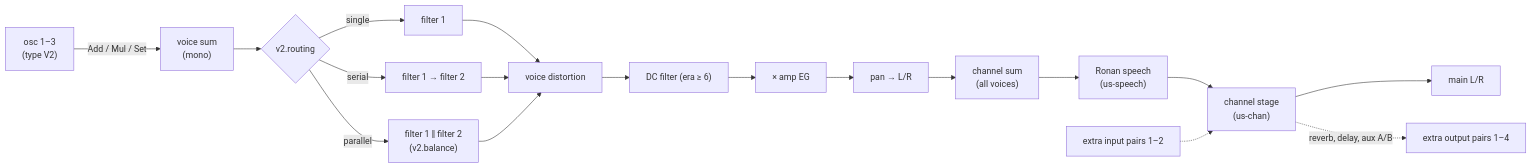
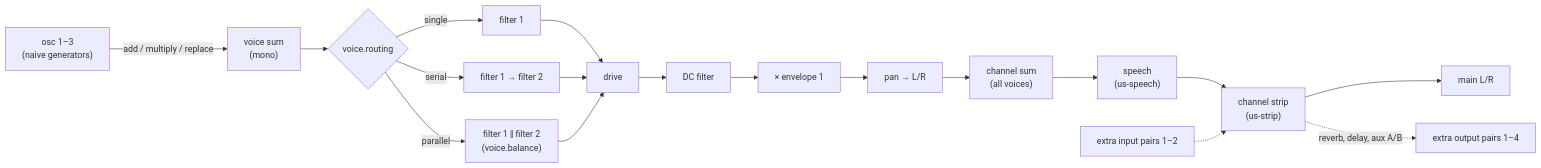
One commit to unisynth/unisynth changed diagram 12 of 16 in docs/synth/unisynth.md. Above: the diagram before and after it, drawn with Mermaid. The commit also changed other lines of this file and 89 other files, not shown here.

````diff
--- a/docs/synth/unisynth.md
+++ b/docs/synth/unisynth.md
@@ -548,16 +624,16 @@
 ```mermaid
 flowchart LR
-    o1["osc 1–3<br/>(type V2)"] -->|"Add / Mul / Set"| sum["voice sum<br/>(mono)"]
-    sum --> route{"v2.routing"}
+    o1["osc 1–3<br/>(naive generators)"] -->|"add / multiply / replace"| sum["voice sum<br/>(mono)"]
+    sum --> route{"voice.routing"}
     route -->|single| f1["filter 1"]
     route -->|serial| f12["filter 1 → filter 2"]
-    route -->|parallel| fp["filter 1 ‖ filter 2<br/>(v2.balance)"]
-    f1 --> vd["voice distortion"]
+    route -->|parallel| fp["filter 1 ‖ filter 2<br/>(voice.balance)"]
+    f1 --> vd["drive"]
     f12 --> vd
     fp --> vd
-    vd --> dc["DC filter (era ≥ 6)"] --> amp["× amp EG"] --> pan["pan → L/R"]
+    vd --> dc["DC filter"] --> amp["× envelope 1"] --> pan["pan → L/R"]
     pan --> vs["channel sum<br/>(all voices)"]
-    vs --> sp["Ronan speech<br/>(us-speech)"] --> ch["channel stage<br/>(us-chan)"] --> out["main L/R"]
+    vs --> sp["speech<br/>(us-speech)"] --> ch["channel strip<br/>(us-strip)"] --> out["main L/R"]
     ch -.->|"reverb, delay, aux A/B"| ext["extra output pairs 1–4"]
     auxin["extra input pairs 1–2"] -.-> ch
 ```
````
